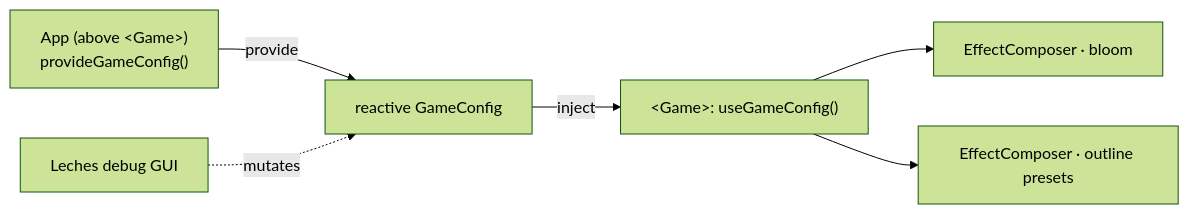
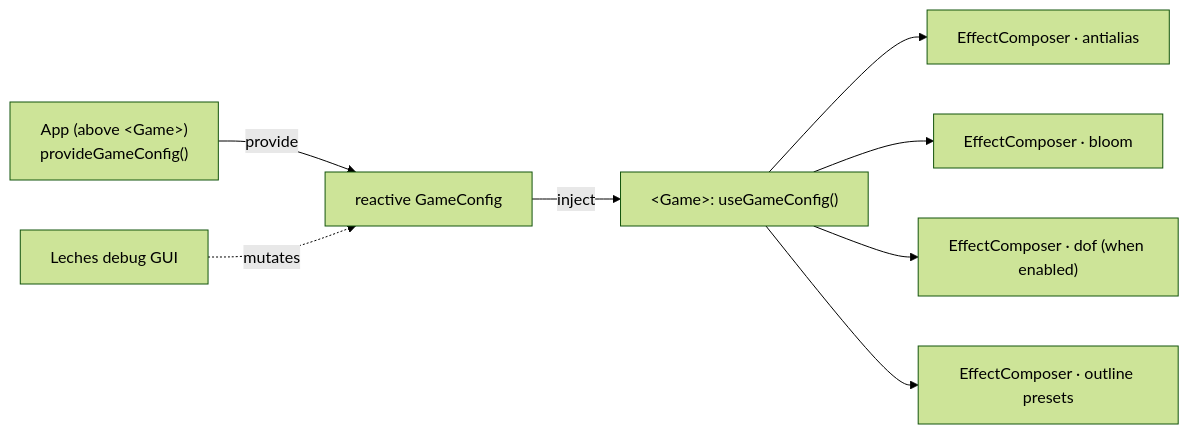
The diagram in apps/grimoire/content/02.engine-architecture/4.game-config.md (alvarosabu/artificer-forge), drawn with Mermaid (forest theme) before and after one commit. The commit also changed other lines of this file and 157 other files, not shown here.

````diff
--- a/apps/grimoire/content/02.engine-architecture/4.game-config.md
+++ b/apps/grimoire/content/02.engine-architecture/4.game-config.md
@@ -69,8 +130,10 @@
 ```mermaid
 graph LR
   APP["App (above &lt;Game&gt;)<br/>provideGameConfig()"] -->|provide| CTX["reactive GameConfig"]
   GUI["Leches debug GUI"] -.mutates.-> CTX
   CTX -->|inject| USE["&lt;Game&gt;: useGameConfig()"]
+  USE --> AA["EffectComposer · antialias"]
   USE --> BLOOM["EffectComposer · bloom"]
+  USE --> DOF["EffectComposer · dof (when enabled)"]
   USE --> OUTLINE["EffectComposer · outline presets"]
 ```
````
